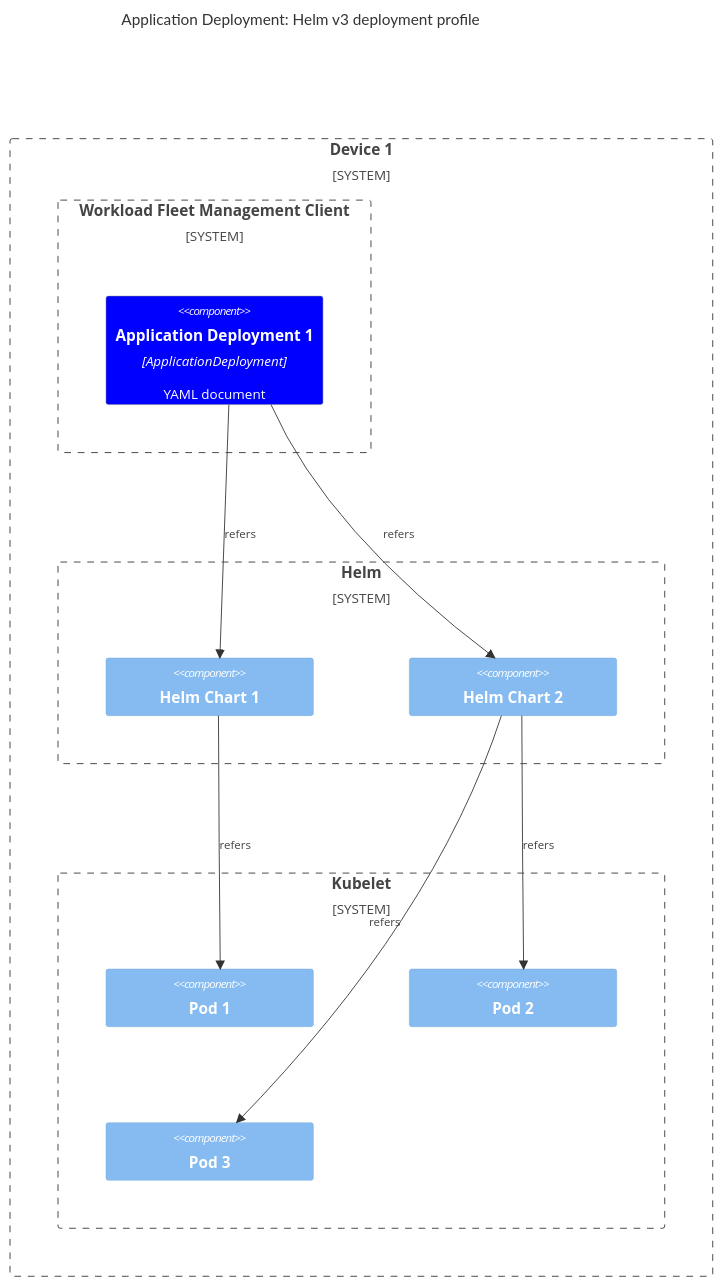
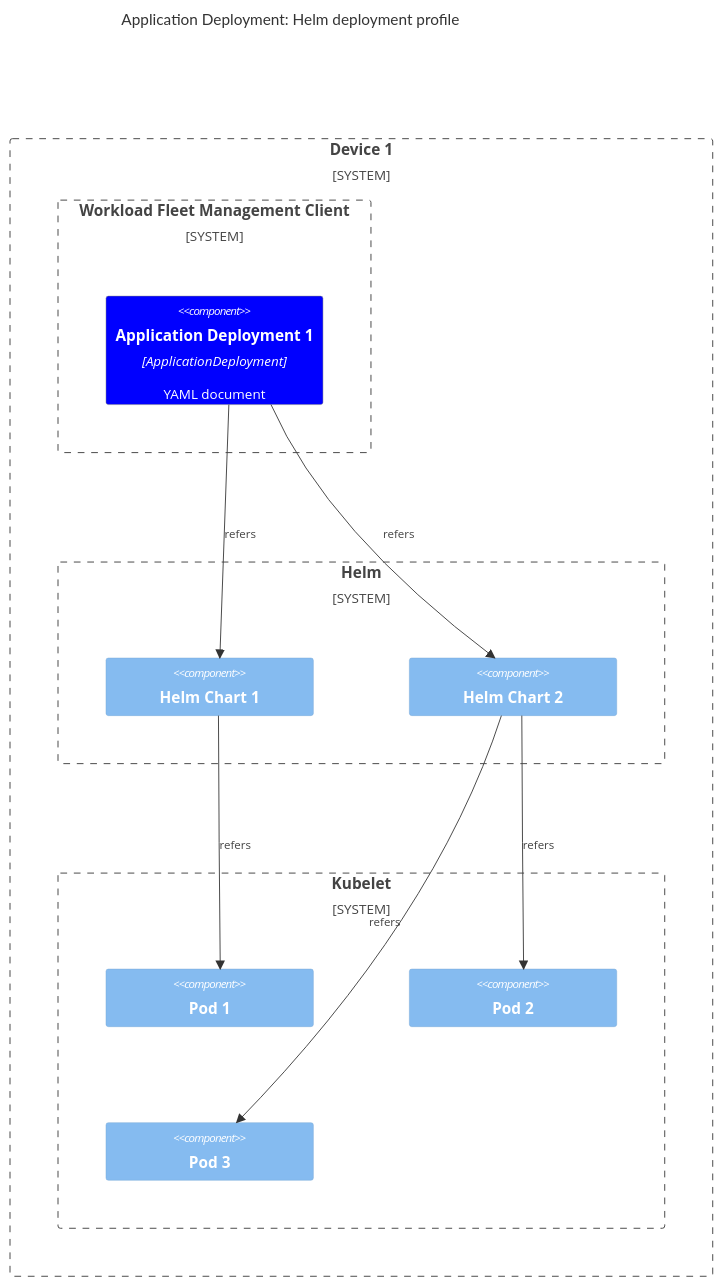
One commit to margo/general_website_content changed the fifth of 6 diagrams in system-design/personas-and-definitions/software-composition.md. Above: the diagram before and after it, drawn with Mermaid. The commit also changed other lines of this file and 2 other files, not shown here.

First line of the commit message:
Updates for approved Helm SUPs (#21)

````diff
--- a/system-design/personas-and-definitions/software-composition.md
+++ b/system-design/personas-and-definitions/software-composition.md
@@ -209,32 +209,32 @@
 ```mermaid
 C4Component
-    title Application Deployment: Helm v3 deployment profile
+    title Application Deployment: Helm deployment profile
 
     UpdateLayoutConfig($c4BoundaryInRow="3", $c4ShapeInRow="1")
 
     System_Boundary(dev1, "Device 1") {
         System_Boundary(woa1, "Workload Fleet Management Client") {
             Component(atb1, "Application Deployment 1", "ApplicationDeployment", "YAML document")
         }
 
         System_Boundary(hel1, "Helm") {
             Component(hc1, "Helm Chart 1")
             Component(hc2, "Helm Chart 2")
         }
 
         System_Boundary(kbl1, "Kubelet") {
             Component(pod1, "Pod 1")
             Component(pod2, "Pod 2")
             Component(pod3, "Pod 3")
         }
     }
 
     Rel(atb1, hc1, "refers")
     Rel(hc1, pod1, "refers")
     Rel(atb1, hc2, "refers")
     Rel(hc2, pod2, "refers")
     Rel(hc2, pod3, "refers")
     Rel(hc2, pod3, "refers")
 
     UpdateElementStyle(atb1, $fontColor="white", $bgColor="blue", $borderColor="grey")
 ```
````
